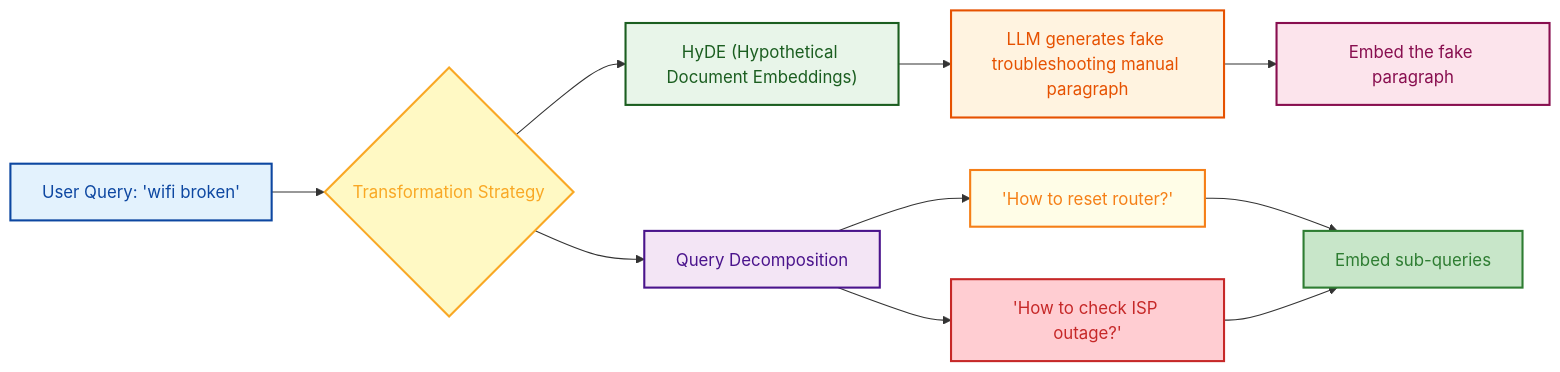
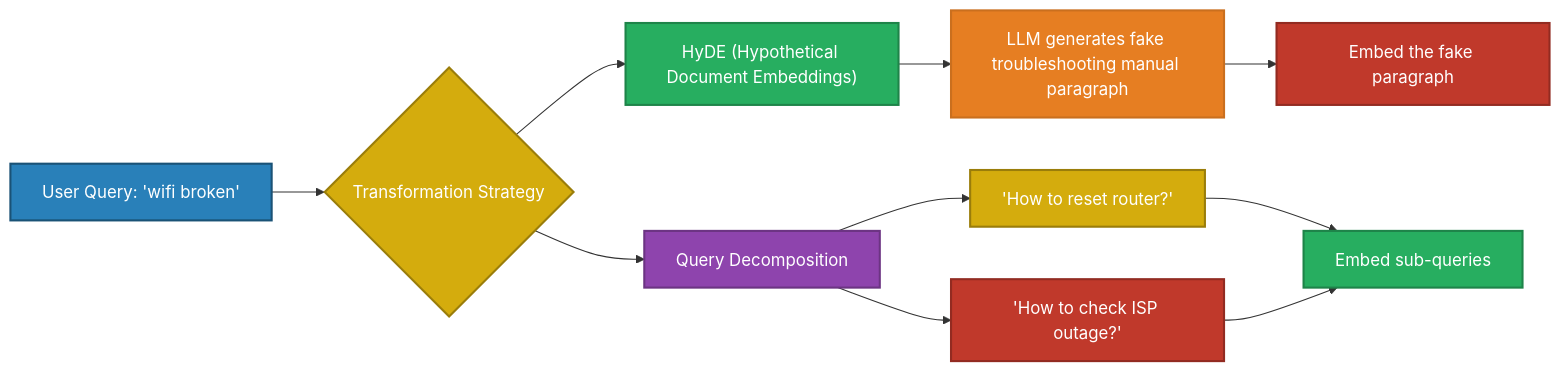
The second of 2 diagrams in docs/06-search-algorithms/README.md (GyanendraChaubey/AI-Engineering-Notes), drawn with Mermaid before and after one commit. The commit also changed other lines of this file and 15 other files, not shown here.

Commit message:
style: replace all Mermaid diagram colors with saturated palette + white text for dark mode compatibility (321 changes across 16 files)

````diff
--- a/docs/06-search-algorithms/README.md
+++ b/docs/06-search-algorithms/README.md
@@ -178,23 +178,23 @@
 ```mermaid
 flowchart LR
     A["User Query: 'wifi broken'"] --> B{"Transformation Strategy"}
     
     B --> C["HyDE (Hypothetical Document Embeddings)"]
     C --> D["LLM generates fake troubleshooting manual paragraph"]
     D --> E["Embed the fake paragraph"]
     
     B --> F["Query Decomposition"]
     F --> G["'How to reset router?'"]
     F --> H["'How to check ISP outage?'"]
     G --> I["Embed sub-queries"]
     H --> I
-    style A fill:#e3f2fd,stroke:#0d47a1,stroke-width:2px,color:#0d47a1
-    style B fill:#fff9c4,stroke:#f9a825,stroke-width:2px,color:#f9a825
-    style C fill:#e8f5e9,stroke:#1b5e20,stroke-width:2px,color:#1b5e20
-    style D fill:#fff3e0,stroke:#e65100,stroke-width:2px,color:#e65100
-    style E fill:#fce4ec,stroke:#880e4f,stroke-width:2px,color:#880e4f
-    style F fill:#f3e5f5,stroke:#4a148c,stroke-width:2px,color:#4a148c
-    style G fill:#fffde7,stroke:#f57f17,stroke-width:2px,color:#f57f17
-    style H fill:#ffcdd2,stroke:#c62828,stroke-width:2px,color:#c62828
-    style I fill:#c8e6c9,stroke:#2e7d32,stroke-width:2px,color:#2e7d32
+    style A fill:#2980B9,stroke:#1A5276,stroke-width:2px,color:#FFFFFF
+    style B fill:#D4AC0D,stroke:#9A7D0A,stroke-width:2px,color:#FFFFFF
+    style C fill:#27AE60,stroke:#1E8449,stroke-width:2px,color:#FFFFFF
+    style D fill:#E67E22,stroke:#CA6F1E,stroke-width:2px,color:#FFFFFF
+    style E fill:#C0392B,stroke:#922B21,stroke-width:2px,color:#FFFFFF
+    style F fill:#8E44AD,stroke:#6C3483,stroke-width:2px,color:#FFFFFF
+    style G fill:#D4AC0D,stroke:#9A7D0A,stroke-width:2px,color:#FFFFFF
+    style H fill:#C0392B,stroke:#922B21,stroke-width:2px,color:#FFFFFF
+    style I fill:#27AE60,stroke:#1E8449,stroke-width:2px,color:#FFFFFF
 ```
````
